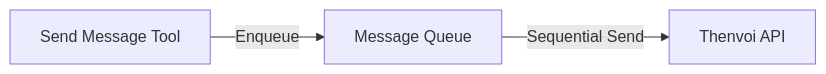
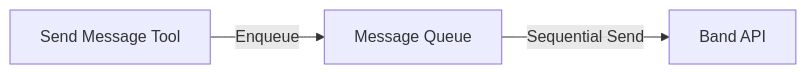
One commit to thenvoi/n8n-nodes-thenvoi changed the fourth of 4 diagrams in docs/architecture/agent/tools/tool_system_guide.md. Above: the diagram before and after it, drawn with Mermaid. The commit also changed other lines of this file and 157 other files, not shown here.

First line of the commit message:
feat!: rename organization from Thenvoi to Band

````diff
--- a/docs/architecture/agent/tools/tool_system_guide.md
+++ b/docs/architecture/agent/tools/tool_system_guide.md
@@ -195,9 +195,9 @@
 ```mermaid
 graph LR
     Tool["Send Message Tool"]
     Queue["Message Queue"]
-    API["Thenvoi API"]
+    API["Band API"]
     
     Tool -->|Enqueue| Queue
     Queue -->|Sequential Send| API
 ```
````
